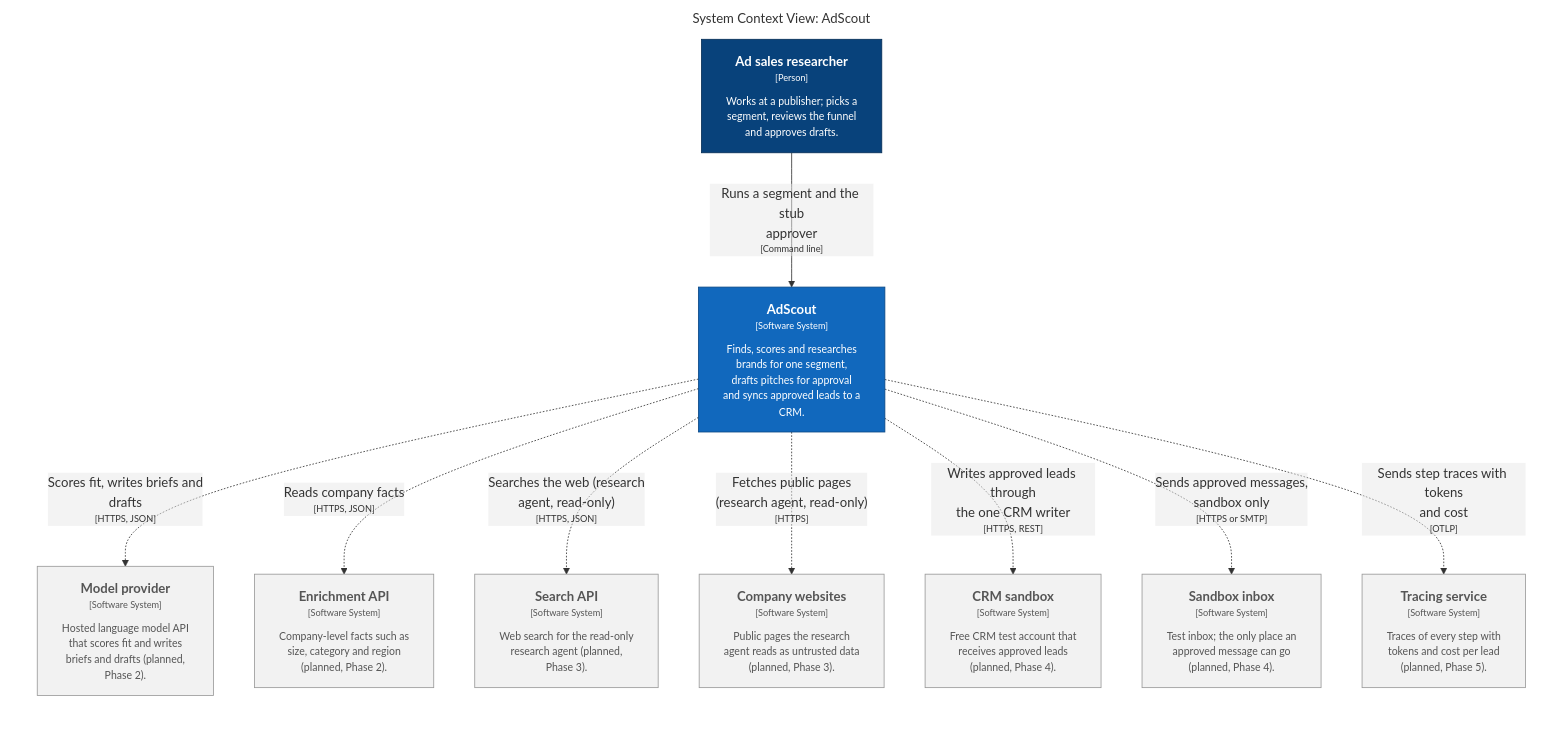
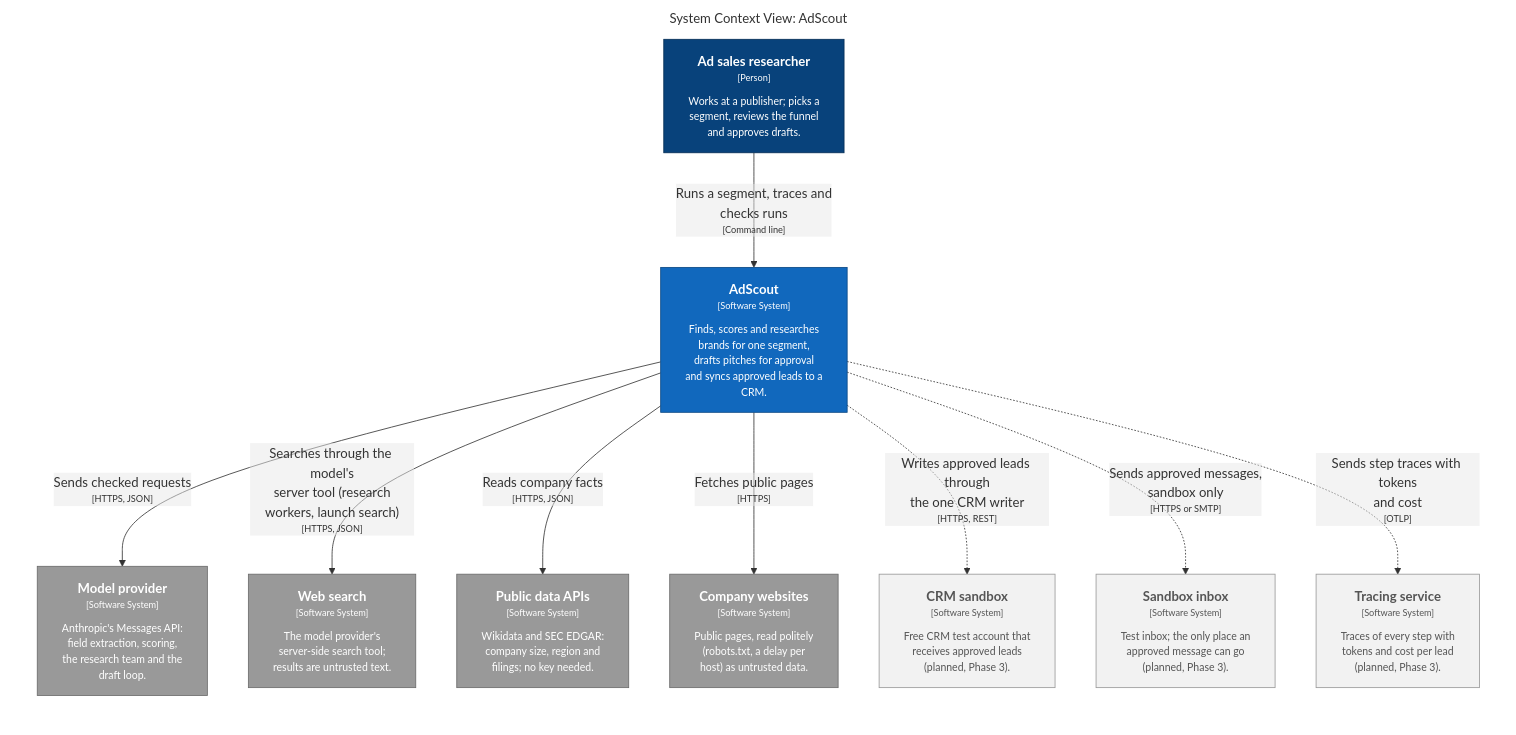
One commit to prentopoulos/adscout changed the diagram in docs/architecture/mermaid/structurizr-Context.mmd. Above: the diagram before and after it, drawn with Mermaid. The commit also changed 41 other files, not shown here.

```diff
--- a/docs/architecture/mermaid/structurizr-Context.mmd
+++ b/docs/architecture/mermaid/structurizr-Context.mmd
@@ -1,35 +1,35 @@
 graph LR
   linkStyle default fill:#ffffff
 
   subgraph diagram ["System Context View: AdScout"]
     style diagram fill:#ffffff,stroke:#ffffff
 
     1["<div style='font-weight: bold'>Ad sales researcher</div><div style='font-size: 70%; margin-top: 0px'>[Person]</div><div style='font-size: 80%; margin-top:10px'>Works at a publisher; picks a<br />segment, reviews the funnel<br />and approves drafts.</div>"]
     style 1 fill:#08427b,stroke:#052e56,color:#ffffff
-    2["<div style='font-weight: bold'>Model provider</div><div style='font-size: 70%; margin-top: 0px'>[Software System]</div><div style='font-size: 80%; margin-top:10px'>Hosted language model API<br />that scores fit and writes<br />briefs and drafts (planned,<br />Phase 2).</div>"]
-    style 2 fill:#f2f2f2,stroke:#999999,color:#555555
-    3["<div style='font-weight: bold'>Enrichment API</div><div style='font-size: 70%; margin-top: 0px'>[Software System]</div><div style='font-size: 80%; margin-top:10px'>Company-level facts such as<br />size, category and region<br />(planned, Phase 2).</div>"]
-    style 3 fill:#f2f2f2,stroke:#999999,color:#555555
-    4["<div style='font-weight: bold'>Search API</div><div style='font-size: 70%; margin-top: 0px'>[Software System]</div><div style='font-size: 80%; margin-top:10px'>Web search for the read-only<br />research agent (planned,<br />Phase 3).</div>"]
-    style 4 fill:#f2f2f2,stroke:#999999,color:#555555
-    5["<div style='font-weight: bold'>Company websites</div><div style='font-size: 70%; margin-top: 0px'>[Software System]</div><div style='font-size: 80%; margin-top:10px'>Public pages the research<br />agent reads as untrusted data<br />(planned, Phase 3).</div>"]
-    style 5 fill:#f2f2f2,stroke:#999999,color:#555555
-    6["<div style='font-weight: bold'>CRM sandbox</div><div style='font-size: 70%; margin-top: 0px'>[Software System]</div><div style='font-size: 80%; margin-top:10px'>Free CRM test account that<br />receives approved leads<br />(planned, Phase 4).</div>"]
+    2["<div style='font-weight: bold'>Model provider</div><div style='font-size: 70%; margin-top: 0px'>[Software System]</div><div style='font-size: 80%; margin-top:10px'>Anthropic's Messages API:<br />field extraction, scoring,<br />the research team and the<br />draft loop.</div>"]
+    style 2 fill:#999999,stroke:#6b6b6b,color:#ffffff
+    3["<div style='font-weight: bold'>Web search</div><div style='font-size: 70%; margin-top: 0px'>[Software System]</div><div style='font-size: 80%; margin-top:10px'>The model provider's<br />server-side search tool;<br />results are untrusted text.</div>"]
+    style 3 fill:#999999,stroke:#6b6b6b,color:#ffffff
+    4["<div style='font-weight: bold'>Public data APIs</div><div style='font-size: 70%; margin-top: 0px'>[Software System]</div><div style='font-size: 80%; margin-top:10px'>Wikidata and SEC EDGAR:<br />company size, region and<br />filings; no key needed.</div>"]
+    style 4 fill:#999999,stroke:#6b6b6b,color:#ffffff
+    5["<div style='font-weight: bold'>Company websites</div><div style='font-size: 70%; margin-top: 0px'>[Software System]</div><div style='font-size: 80%; margin-top:10px'>Public pages, read politely<br />(robots.txt, a delay per<br />host) as untrusted data.</div>"]
+    style 5 fill:#999999,stroke:#6b6b6b,color:#ffffff
+    6["<div style='font-weight: bold'>CRM sandbox</div><div style='font-size: 70%; margin-top: 0px'>[Software System]</div><div style='font-size: 80%; margin-top:10px'>Free CRM test account that<br />receives approved leads<br />(planned, Phase 3).</div>"]
     style 6 fill:#f2f2f2,stroke:#999999,color:#555555
-    7["<div style='font-weight: bold'>Sandbox inbox</div><div style='font-size: 70%; margin-top: 0px'>[Software System]</div><div style='font-size: 80%; margin-top:10px'>Test inbox; the only place an<br />approved message can go<br />(planned, Phase 4).</div>"]
+    7["<div style='font-weight: bold'>Sandbox inbox</div><div style='font-size: 70%; margin-top: 0px'>[Software System]</div><div style='font-size: 80%; margin-top:10px'>Test inbox; the only place an<br />approved message can go<br />(planned, Phase 3).</div>"]
     style 7 fill:#f2f2f2,stroke:#999999,color:#555555
-    8["<div style='font-weight: bold'>Tracing service</div><div style='font-size: 70%; margin-top: 0px'>[Software System]</div><div style='font-size: 80%; margin-top:10px'>Traces of every step with<br />tokens and cost per lead<br />(planned, Phase 5).</div>"]
+    8["<div style='font-weight: bold'>Tracing service</div><div style='font-size: 70%; margin-top: 0px'>[Software System]</div><div style='font-size: 80%; margin-top:10px'>Traces of every step with<br />tokens and cost per lead<br />(planned, Phase 3).</div>"]
     style 8 fill:#f2f2f2,stroke:#999999,color:#555555
     9["<div style='font-weight: bold'>AdScout</div><div style='font-size: 70%; margin-top: 0px'>[Software System]</div><div style='font-size: 80%; margin-top:10px'>Finds, scores and researches<br />brands for one segment,<br />drafts pitches for approval<br />and syncs approved leads to a<br />CRM.</div>"]
     style 9 fill:#1168bd,stroke:#0b4884,color:#ffffff
 
-    1-- "<div>Runs a segment and the stub<br />approver</div><div style='font-size: 70%'>[Command line]</div>" -->9
-    9-. "<div>Scores fit, writes briefs and<br />drafts</div><div style='font-size: 70%'>[HTTPS, JSON]</div>" .->2
-    9-. "<div>Reads company facts</div><div style='font-size: 70%'>[HTTPS, JSON]</div>" .->3
-    9-. "<div>Searches the web (research<br />agent, read-only)</div><div style='font-size: 70%'>[HTTPS, JSON]</div>" .->4
-    9-. "<div>Fetches public pages<br />(research agent, read-only)</div><div style='font-size: 70%'>[HTTPS]</div>" .->5
+    1-- "<div>Runs a segment, traces and<br />checks runs</div><div style='font-size: 70%'>[Command line]</div>" -->9
+    9-- "<div>Reads company facts</div><div style='font-size: 70%'>[HTTPS, JSON]</div>" -->4
+    9-- "<div>Searches through the model's<br />server tool (research<br />workers, launch search)</div><div style='font-size: 70%'>[HTTPS, JSON]</div>" -->3
     9-. "<div>Writes approved leads through<br />the one CRM writer</div><div style='font-size: 70%'>[HTTPS, REST]</div>" .->6
     9-. "<div>Sends approved messages,<br />sandbox only</div><div style='font-size: 70%'>[HTTPS or SMTP]</div>" .->7
     9-. "<div>Sends step traces with tokens<br />and cost</div><div style='font-size: 70%'>[OTLP]</div>" .->8
+    9-- "<div>Sends checked requests</div><div style='font-size: 70%'>[HTTPS, JSON]</div>" -->2
+    9-- "<div>Fetches public pages</div><div style='font-size: 70%'>[HTTPS]</div>" -->5
 
   end
```
